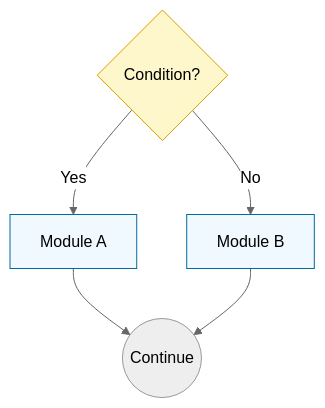
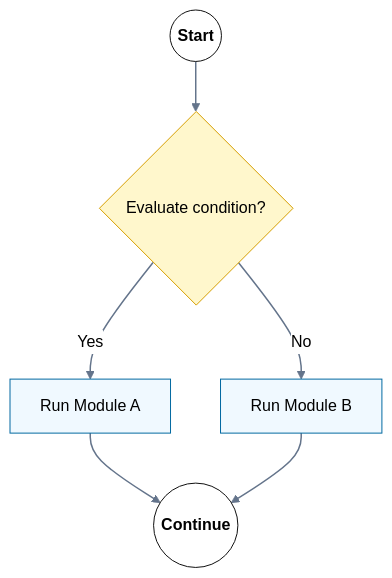
The fifth of 7 diagrams in Chapter 2 - Preliminaries/README.md (M-F-Tushar/CSE-2101-Data-Structure), drawn with Mermaid (neutral theme) before and after one commit. The commit also changed other lines of this file, not shown here.

````diff
--- a/Chapter 2 - Preliminaries/README.md
+++ b/Chapter 2 - Preliminaries/README.md
@@ -576,11 +585,13 @@
 ```mermaid
 flowchart TD
     %% Double-alternative selection logic (If/Else)
-    classDef decision fill:#fff7cc,stroke:#d69e00
-    classDef module fill:#f0f9ff,stroke:#0369a1
-    Cond2{"Condition?"}:::decision
-    Cond2 -- Yes --> A2["Module A"]:::module
-    Cond2 -- No --> B2["Module B"]:::module
-    A2 --> Continue2(("Continue"))
-    B2 --> Continue2
+    classDef terminal fill:#ffffff,stroke:#111,color:#000,font-weight:600;
+    classDef decision fill:#fff7cc,stroke:#d69e00,color:#000;
+    classDef process fill:#f0f9ff,stroke:#0369a1,color:#000;
+
+    Start((Start)):::terminal --> Cond{"Evaluate condition?"}:::decision
+    Cond -- Yes --> ModuleYes["Run Module A"]:::process --> End((Continue)):::terminal
+    Cond -- No --> ModuleNo["Run Module B"]:::process --> End
+
+    linkStyle default stroke:#64748b,stroke-width:1.5px
 ```
````
